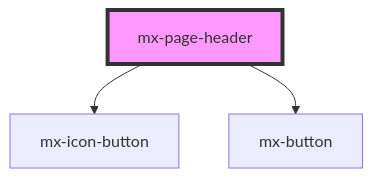
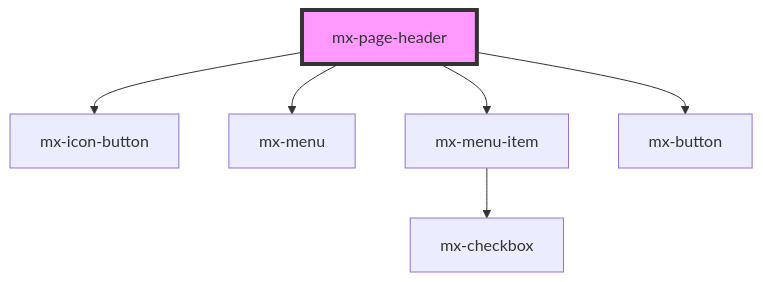
Before and after one commit to kevinleedrum/mds: the diagram in src/components/mx-page-header/readme.md, drawn with Mermaid. The commit also changed other lines of this file and 364 other files, not shown here.

````diff
--- a/src/components/mx-page-header/readme.md
+++ b/src/components/mx-page-header/readme.md
@@ -26,6 +28,9 @@
 ```mermaid
 graph TD;
   mx-page-header --> mx-icon-button
+  mx-page-header --> mx-menu
+  mx-page-header --> mx-menu-item
   mx-page-header --> mx-button
+  mx-menu-item --> mx-checkbox
   style mx-page-header fill:#f9f,stroke:#333,stroke-width:4px
 ```
````
